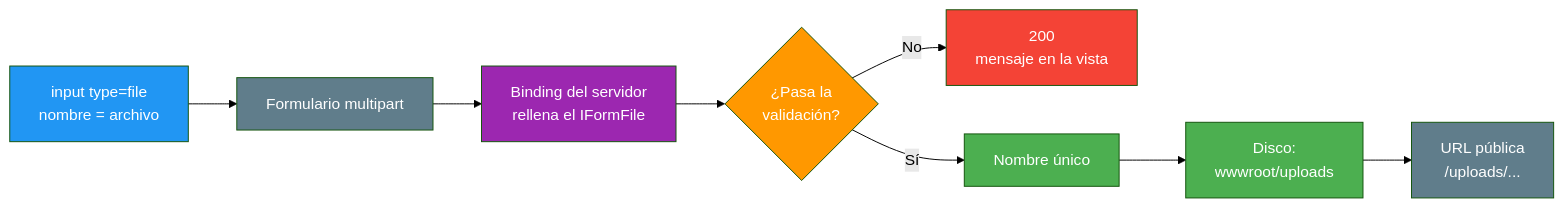
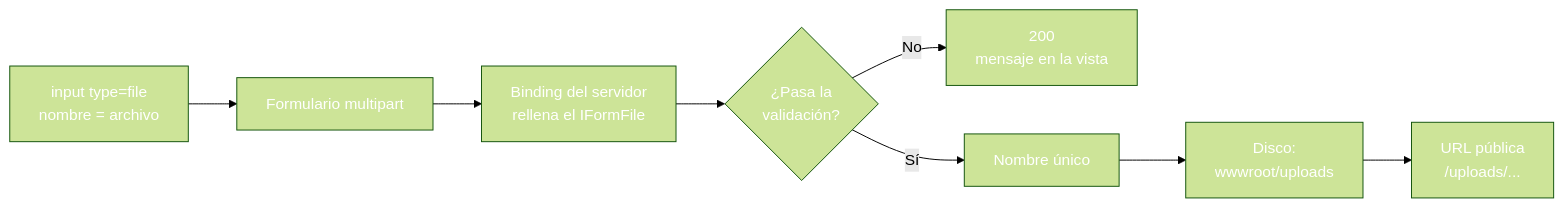
The first of 2 diagrams in 16-ficheros-almacenamiento.md (joseluisgs/DesarrolloWebEntornosServidor-03-2026-2027), drawn with Mermaid (forest theme) before and after one commit. The commit also changed other lines of this file and 30 other files, not shown here.

````diff
--- a/16-ficheros-almacenamiento.md
+++ b/16-ficheros-almacenamiento.md
@@ -62,18 +62,18 @@
 ```mermaid
 graph LR
     A["input type=file<br/>nombre = archivo"] --> B["Formulario multipart"]
     B --> C["Binding del servidor<br/>rellena el IFormFile"]
     C --> D{"¿Pasa la<br/>validación?"}
     D -->|No| E["200<br/>mensaje en la vista"]
     D -->|Sí| F["Nombre único"]
     F --> G["Disco:<br/>wwwroot/uploads"]
     G --> H["URL pública<br/>/uploads/..."]
-    style A fill:#2196F3,color:#fff
-    style B fill:#607D8B,color:#fff
-    style C fill:#9C27B0,color:#fff
-    style D fill:#FF9800,color:#fff
-    style E fill:#f44336,color:#fff
-    style F fill:#4CAF50,color:#fff
-    style G fill:#4CAF50,color:#fff
-    style H fill:#607D8B,color:#fff
+    style A fill:#2196F,color:#fff3,color:#fff
+    style B fill:#607D8,color:#fffB,color:#fff
+    style C fill:#9C27B,color:#fff0,color:#fff
+    style D fill:#FF980,color:#fff0,color:#fff
+    style E fill:#f4433,color:#fff6,color:#fff
+    style F fill:#4CAF5,color:#fff0,color:#fff
+    style G fill:#4CAF5,color:#fff0,color:#fff
+    style H fill:#607D8,color:#fffB,color:#fff
 ```
````
